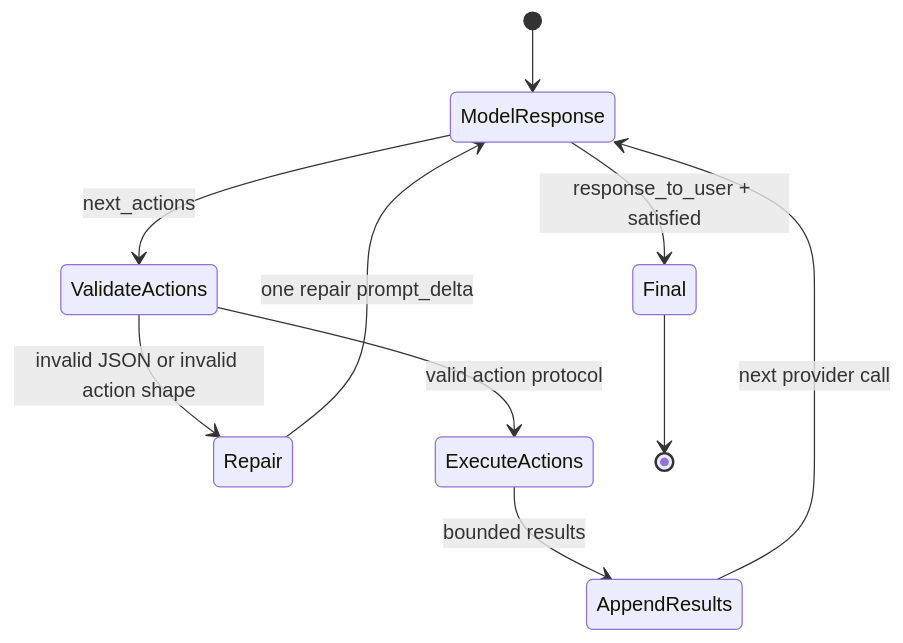
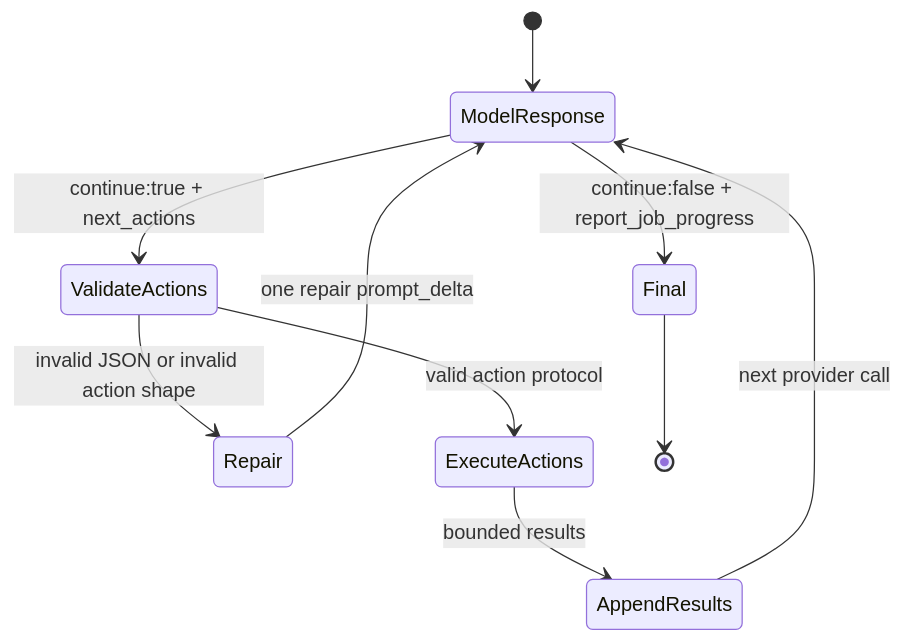
Before and after one commit to moliam/TimemAi: the third of 4 diagrams in docs/architecture.md, drawn with Mermaid. The commit also changed other lines of this file and 7 other files, not shown here.

Commit message:
feat(protocol): report job progress explicitly

````diff
--- a/docs/architecture.md
+++ b/docs/architecture.md
@@ -351,12 +353,12 @@
 ```mermaid
 stateDiagram-v2
     [*] --> ModelResponse
-    ModelResponse --> Final: response_to_user + satisfied
-    ModelResponse --> ValidateActions: next_actions
+    ModelResponse --> Final: continue:false + report_job_progress
+    ModelResponse --> ValidateActions: continue:true + next_actions
     ValidateActions --> Repair: invalid JSON or invalid action shape
     Repair --> ModelResponse: one repair prompt_delta
     ValidateActions --> ExecuteActions: valid action protocol
     ExecuteActions --> AppendResults: bounded results
     AppendResults --> ModelResponse: next provider call
     Final --> [*]
 ```
````
